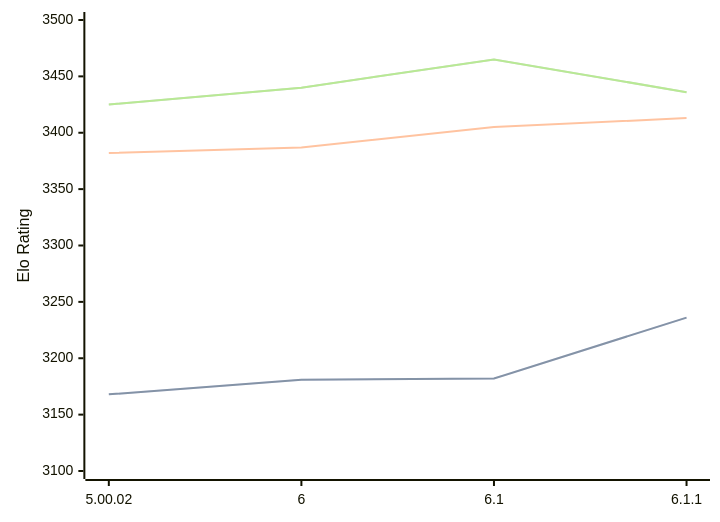
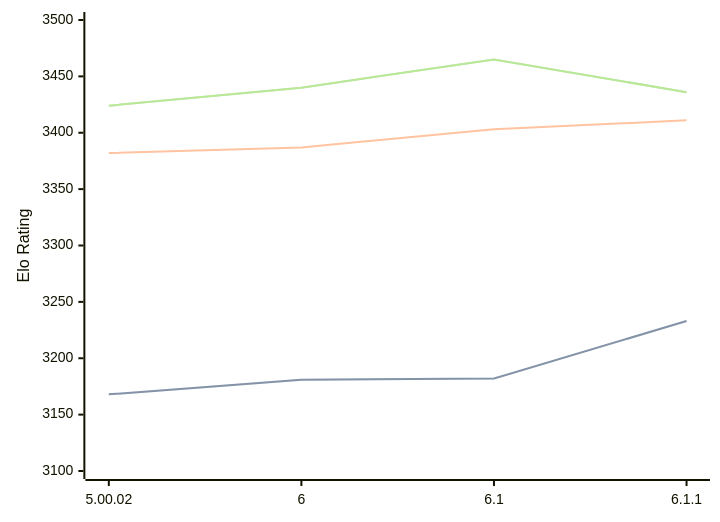
The diagram in engines/Zangdar.md (computer-chess-index/cci), drawn with Mermaid before and after one commit. The commit also changed other lines of this file, not shown here.

Commit message:
Update CCI Ratings (ELO VLTC) - 2026-04-17

````diff
--- a/engines/Zangdar.md
+++ b/engines/Zangdar.md
@@ -46,11 +46,11 @@
 ```mermaid
 %%{init: {"theme":"base","themeVariables":{"seriesColors:['#a3a3a3','#222221','#faa371']}}}%%
 xychart-beta
   x-axis ["5.00.02", "6", "6.1", "6.1.1"]
   y-axis "Elo Rating" 3100 --> 3500
-  line "STC (8.0+0.08s)" [3168, 3181, 3182, 3236]
-  line "STC (8.0+0.08s)" [3168, 3181, 3182, 3236]
-  line "LTC (60.0+0.60s)" [3382, 3387, 3405, 3413]
-  line "VLTC (2m24s+1.12s)" [3425, 3440, 3465, 3436]
-  line "VLTC (2m24s+1.12s)" [3425, 3440, 3465, 3436]
+  line "STC (8.0+0.08s)" [3168, 3181, 3182, 3233]
+  line "STC (8.0+0.08s)" [3168, 3181, 3182, 3233]
+  line "LTC (60.0+0.60s)" [3382, 3387, 3403, 3411]
+  line "VLTC (2m24s+1.12s)" [3424, 3440, 3465, 3436]
+  line "VLTC (2m24s+1.12s)" [3424, 3440, 3465, 3436]
 ```
````
